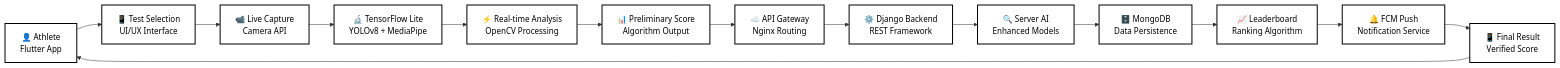
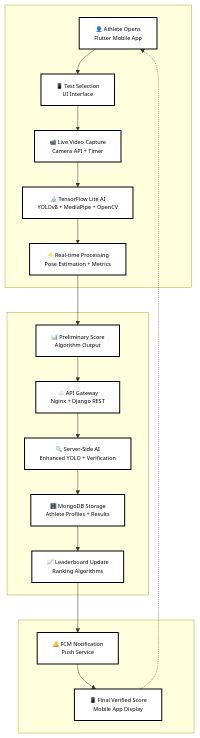
The fourth of 5 diagrams in .kiro/specs/ai-sports-talent-platform/design.md (Nachiket2004/SIH_2025), drawn with Mermaid before and after one commit. The commit also changed other lines of this file, not shown here.

Commit message:
new flow

````diff
--- a/.kiro/specs/ai-sports-talent-platform/design.md
+++ b/.kiro/specs/ai-sports-talent-platform/design.md
@@ -128,26 +128,31 @@
 ```mermaid
-flowchart LR
-    A[👤 Athlete<br/>Flutter App] --> B[📱 Test Selection<br/>UI/UX Interface]
-    B --> C[📹 Live Capture<br/>Camera API]
-    C --> D[🔬 TensorFlow Lite<br/>YOLOv8 + MediaPipe]
-    D --> E[⚡ Real-time Analysis<br/>OpenCV Processing]
-    E --> F[📊 Preliminary Score<br/>Algorithm Output]
+flowchart TD
+    subgraph " "
+        A[👤 Athlete Opens<br/>Flutter Mobile App]
+        B[📱 Test Selection<br/>UI Interface]
+        C[📹 Live Video Capture<br/>Camera API + Timer]
+        D[🔬 TensorFlow Lite AI<br/>YOLOv8 + MediaPipe + OpenCV]
+        E[⚡ Real-time Processing<br/>Pose Estimation + Metrics]
+    end
     
-    F --> G[☁️ API Gateway<br/>Nginx Routing]
-    G --> H[⚙️ Django Backend<br/>REST Framework]
-    H --> I[🔍 Server AI<br/>Enhanced Models]
-    I --> J[🗄️ MongoDB<br/>Data Persistence]
-    J --> K[📈 Leaderboard<br/>Ranking Algorithm]
+    subgraph "  "
+        F[📊 Preliminary Score<br/>Algorithm Output]
+        G[☁️ API Gateway<br/>Nginx + Django REST]
+        H[🔍 Server-Side AI<br/>Enhanced YOLO + Verification]
+        I[🗄️ MongoDB Storage<br/>Athlete Profiles + Results]
+        J[📈 Leaderboard Update<br/>Ranking Algorithms]
+    end
     
-    K --> L[🔔 FCM Push<br/>Notification Service]
-    L --> M[📱 Final Result<br/>Verified Score]
-    M --> A
+    subgraph "   "
+        K[🔔 FCM Notification<br/>Push Service]
+        L[📱 Final Verified Score<br/>Mobile App Display]
+    end
     
-    classDef mobile fill:#ffffff,stroke:#000000,stroke-width:2px,color:#000000
-    classDef backend fill:#ffffff,stroke:#000000,stroke-width:2px,color:#000000
-    classDef data fill:#ffffff,stroke:#000000,stroke-width:2px,color:#000000
+    A --> B --> C --> D --> E
+    E --> F
+    F --> G --> H --> I --> J
+    J --> K --> L
+    L -.-> A
     
-    class A,B,C,D,E,F,M mobile
-    class G,H,I,L backend
-    class J,K data
+    classDef default fill:#ffffff,stroke:#000000,stroke-width:2px,color:#000000,font-size:11px
 ```
````
